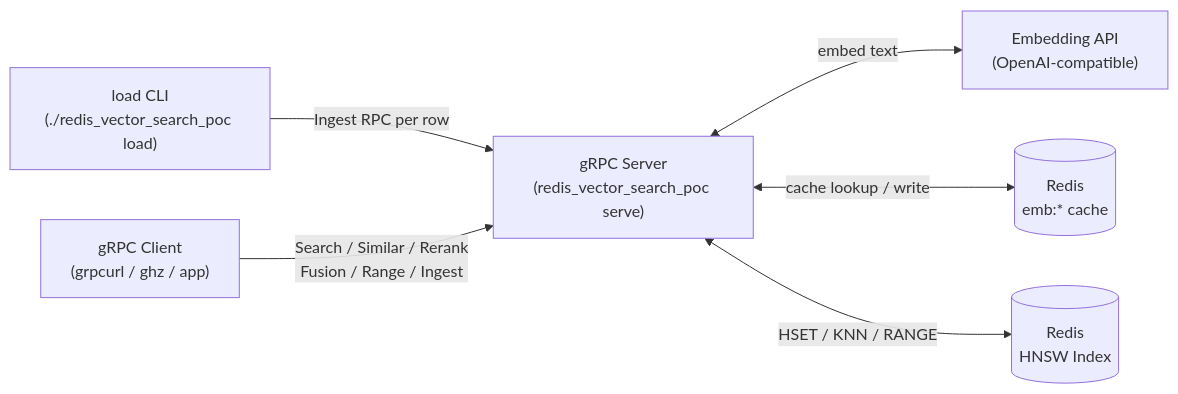
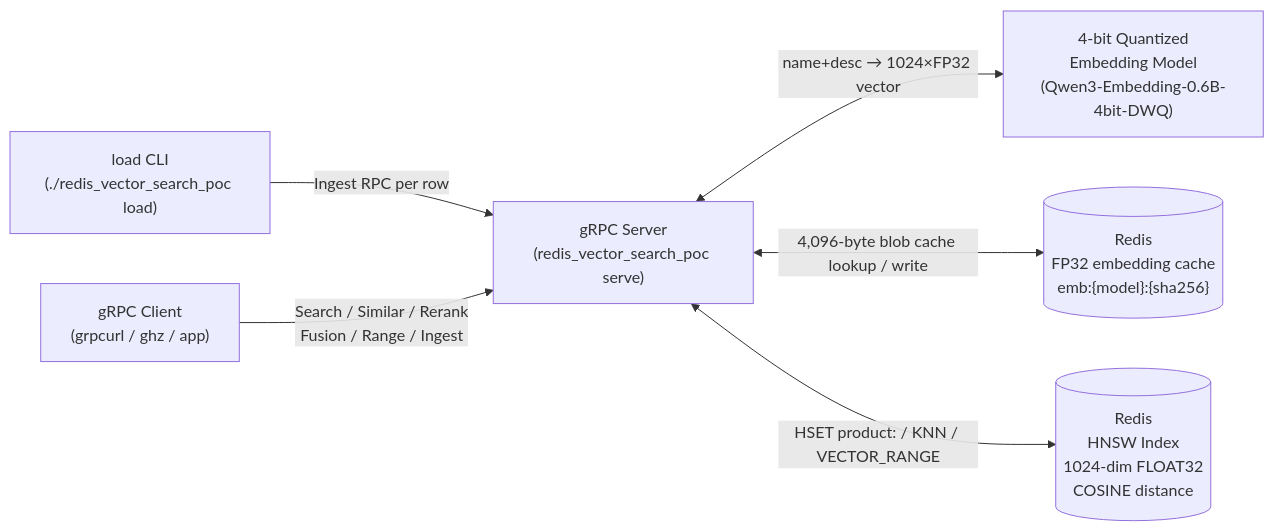
One commit to joshdurbin/redis_vector_search_poc changed the first of 3 diagrams in README.md. Above: the diagram before and after it, drawn with Mermaid. The commit also changed other lines of this file, not shown here.

````diff
--- a/README.md
+++ b/README.md
@@ -7,15 +7,15 @@
 ```mermaid
 flowchart LR
     CLI["load CLI\n(./redis_vector_search_poc load)"]
     Client["gRPC Client\n(grpcurl / ghz / app)"]
     Server["gRPC Server\n(redis_vector_search_poc serve)"]
-    Embed["Embedding API\n(OpenAI-compatible)"]
-    Cache[("Redis\nemb:* cache")]
-    Index[("Redis\nHNSW Index")]
+    Embed["4-bit Quantized\nEmbedding Model\n(Qwen3-Embedding-0.6B-4bit-DWQ)"]
+    Cache[("Redis\nFP32 embedding cache\nemb:{model}:{sha256}")]
+    Index[("Redis\nHNSW Index\n1024-dim FLOAT32\nCOSINE distance")]
 
     CLI -->|"Ingest RPC per row"| Server
     Client -->|"Search / Similar / Rerank\nFusion / Range / Ingest"| Server
-    Server <-->|"embed text"| Embed
-    Server <-->|"cache lookup / write"| Cache
-    Server <-->|"HSET / KNN / RANGE"| Index
+    Server <-->|"name+desc → 1024×FP32 vector"| Embed
+    Server <-->|"4,096-byte blob cache lookup / write"| Cache
+    Server <-->|"HSET product: / KNN / VECTOR_RANGE"| Index
 ```
````
